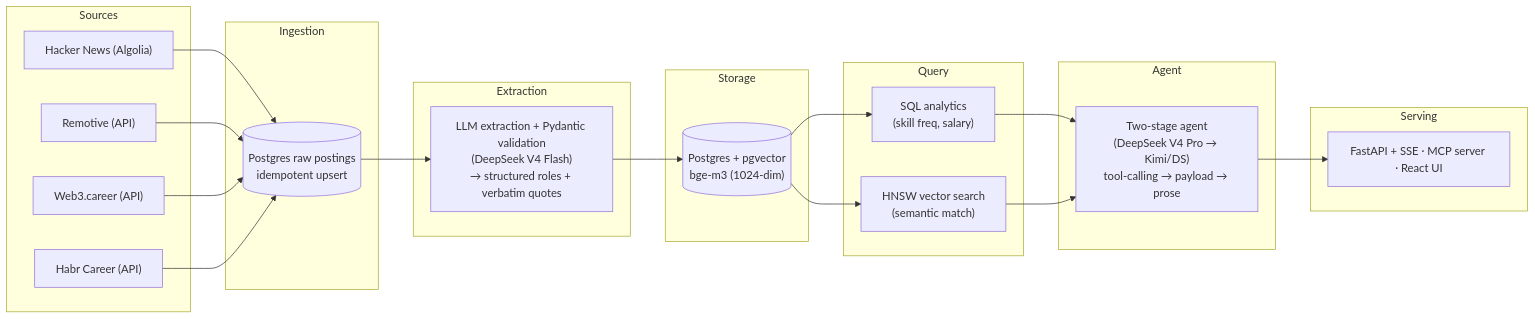
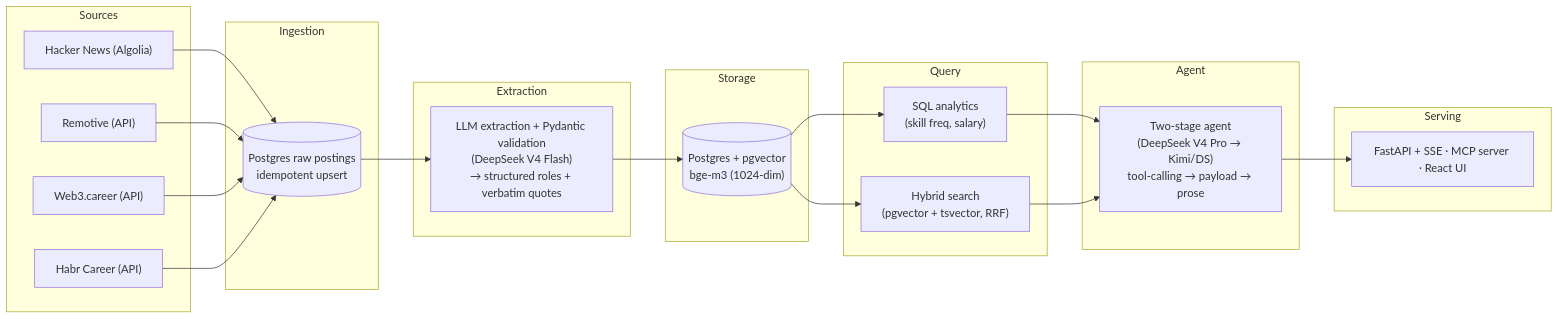
One commit to IvanWend/techanizer changed the diagram in README.md. Above: the diagram before and after it, drawn with Mermaid. The commit also changed other lines of this file and 1 other file, not shown here.

````diff
--- a/README.md
+++ b/README.md
@@ -18,35 +18,35 @@
 ```mermaid
 flowchart LR
     subgraph SRC["Sources"]
         hn["Hacker News (Algolia)"]
         rem["Remotive (API)"]
         w3["Web3.career (API)"]
         hab["Habr Career (API)"]
     end
     subgraph INGEST["Ingestion"]
         raw[("Postgres raw postings<br/>idempotent upsert")]
     end
     subgraph EXTRACT["Extraction"]
         ext["LLM extraction + Pydantic validation<br/>(DeepSeek V4 Flash)<br/>→ structured roles + verbatim quotes"]
     end
     subgraph STORE["Storage"]
         db[("Postgres + pgvector<br/>bge-m3 (1024-dim)")]
     end
     subgraph QUERY["Query"]
         sql["SQL analytics<br/>(skill freq, salary)"]
-        vec["HNSW vector search<br/>(semantic match)"]
+        vec["Hybrid search<br/>(pgvector + tsvector, RRF)"]
     end
     subgraph AGENT["Agent"]
         agent["Two-stage agent<br/>(DeepSeek V4 Pro → Kimi/DS)<br/>tool-calling → payload → prose"]
     end
     subgraph SERVE["Serving"]
         ui["FastAPI + SSE · MCP server · React UI"]
     end
 
     hn & rem & w3 & hab --> raw
     raw --> ext
     ext --> db
     db --> sql & vec
     sql & vec --> agent
     agent --> ui
 ```
````
